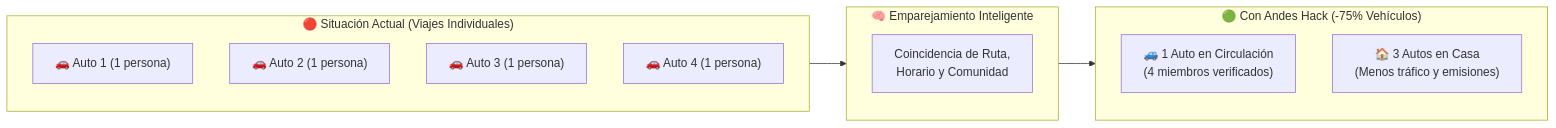
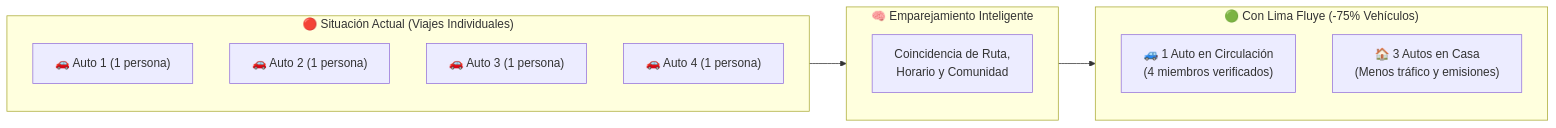
The first of 4 diagrams in README.md (hack-andes-buscandoanemo/andes-hack), drawn with Mermaid before and after one commit. The commit also changed other lines of this file and 2 other files, not shown here.

Commit message:
docs(flow): add Lima Fluye 8-step navigation flow and diagrams

````diff
--- a/README.md
+++ b/README.md
@@ -73,20 +73,20 @@
 ```mermaid
 flowchart LR
     subgraph Antes["🔴 Situación Actual (Viajes Individuales)"]
         A1["🚗 Auto 1 (1 persona)"]
         A2["🚗 Auto 2 (1 persona)"]
         A3["🚗 Auto 3 (1 persona)"]
         A4["🚗 Auto 4 (1 persona)"]
     end
 
     subgraph Matching["🧠 Emparejamiento Inteligente"]
         M["Coincidencia de Ruta,\nHorario y Comunidad"]
     end
 
-    subgraph Despues["🟢 Con Andes Hack (-75% Vehículos)"]
+    subgraph Despues["🟢 Con Lima Fluye (-75% Vehículos)"]
         B1["🚙 1 Auto en Circulación\n(4 miembros verificados)"]
         B2["🏠 3 Autos en Casa\n(Menos tráfico y emisiones)"]
     end
 
     Antes --> Matching --> Despues
 ```
````
